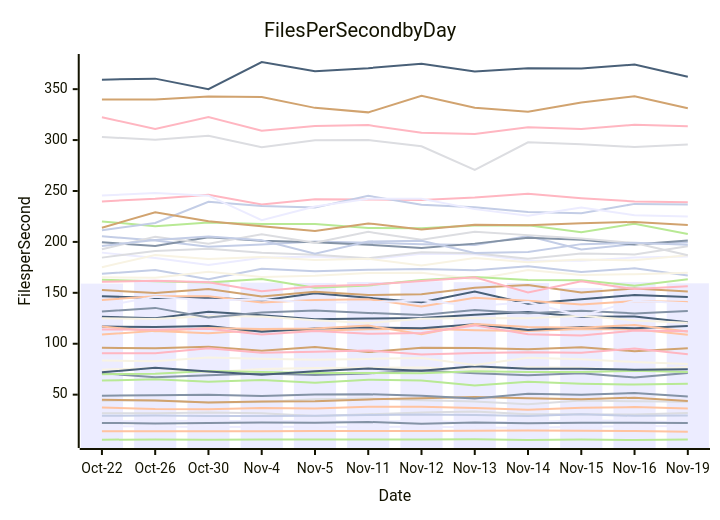
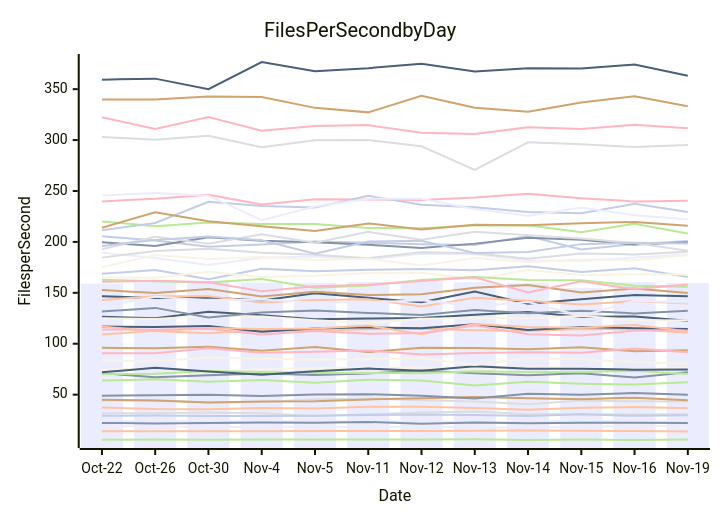
The diagram in perf-report.md (streetsidesoftware/cspell), drawn with Mermaid before and after one commit. The commit also changed other lines of this file and 1 other file, not shown here.

````diff
--- a/perf-report.md
+++ b/perf-report.md
@@ -10,57 +10,57 @@
 ```mermaid
 xychart-beta
     title Files Per Second by Day
     y-axis Files per Second
     x-axis Date [Oct-22, Oct-26, Oct-30, Nov-4, Nov-5, Nov-11, Nov-12, Nov-13, Nov-14, Nov-15, Nov-16, Nov-19]
-    bar [159.03, 162.88, 161.94, 160.02, 159.72, 160.65, 161.35, 160.47, 159.54, 154.79, 160.46, 159.34]
-    line [71.08, 67.00, 69.09, 70.86, 69.37, 70.88, 73.81, 71.09, 69.11, 71.10, 66.81, 71.37]
-    line [14.01, 14.02, 13.97, 14.18, 14.33, 14.26, 14.23, 14.49, 14.71, 14.55, 14.39, 13.68]
-    line [44.08, 44.42, 42.24, 42.88, 45.37, 46.20, 44.50, 43.23, 40.60, 44.15, 43.48, 43.07]
-    line [63.79, 65.07, 62.75, 64.51, 61.69, 64.67, 63.79, 59.02, 62.70, 60.80, 59.91, 60.69]
-    line [96.00, 95.45, 97.05, 93.17, 96.79, 91.80, 95.95, 95.87, 94.48, 96.44, 92.65, 95.58]
-    line [205.59, 201.31, 195.27, 197.35, 200.31, 199.19, 197.63, 196.85, 205.77, 192.52, 197.76, 199.58]
-    line [322.37, 310.93, 322.55, 309.17, 313.73, 314.69, 307.18, 306.00, 312.70, 310.78, 315.06, 313.52]
-    line [126.46, 125.04, 131.49, 128.05, 124.13, 124.73, 125.27, 128.39, 131.06, 126.59, 126.76, 121.11]
-    line [125.15, 124.19, 127.28, 126.86, 123.18, 120.25, 124.45, 125.35, 124.99, 127.41, 122.93, 120.59]
-    line [23.92, 24.17, 24.43, 23.95, 24.20, 23.49, 24.08, 23.00, 23.06, 24.50, 24.34, 22.69]
-    line [22.28, 21.78, 22.12, 22.59, 22.34, 23.16, 21.54, 22.68, 21.85, 22.43, 22.45, 22.28]
-    line [109.04, 112.63, 110.40, 113.53, 112.85, 114.15, 114.65, 113.36, 112.62, 114.36, 114.33, 108.71]
-    line [31.67, 31.78, 32.41, 31.83, 29.14, 30.76, 32.43, 33.35, 30.87, 30.71, 30.55, 32.06]
-    line [5.75, 6.03, 5.80, 6.05, 5.91, 5.92, 6.05, 6.23, 5.47, 5.95, 5.52, 5.99]
-    line [45.07, 44.31, 42.25, 43.22, 43.49, 45.34, 46.46, 47.61, 46.36, 45.42, 47.07, 43.76]
-    line [168.67, 172.42, 163.25, 173.61, 171.18, 172.63, 173.35, 172.14, 176.09, 170.54, 174.05, 167.09]
-    line [239.78, 242.41, 246.20, 236.64, 241.81, 241.59, 241.14, 243.55, 247.17, 242.91, 239.70, 238.85]
-    line [116.88, 116.53, 117.43, 111.89, 115.01, 116.13, 115.22, 119.08, 113.54, 116.51, 115.21, 117.43]
-    line [165.23, 164.80, 170.61, 165.61, 166.70, 169.45, 169.81, 163.46, 172.46, 167.41, 168.34, 169.75]
-    line [19.00, 18.63, 18.25, 18.44, 18.38, 18.23, 18.67, 17.83, 17.56, 18.43, 19.15, 18.91]
-    line [49.03, 49.37, 49.99, 48.68, 50.03, 50.42, 49.00, 46.22, 50.88, 49.95, 51.56, 48.25]
-    line [116.85, 112.16, 115.50, 114.45, 114.87, 117.85, 109.38, 119.29, 116.46, 115.59, 118.49, 112.06]
-    line [303.13, 300.22, 304.34, 292.89, 299.81, 300.08, 293.90, 270.62, 297.75, 295.78, 293.19, 295.57]
-    line [162.77, 161.40, 160.02, 163.60, 155.05, 157.20, 162.55, 165.62, 162.61, 162.23, 156.96, 163.27]
-    line [339.81, 339.82, 342.79, 342.26, 331.64, 327.21, 343.58, 331.81, 327.76, 336.79, 342.94, 331.34]
-    line [29.31, 29.41, 29.14, 29.07, 29.19, 29.96, 30.60, 29.98, 29.13, 30.65, 29.20, 29.45]
-    line [90.70, 90.60, 95.53, 91.04, 92.11, 93.46, 89.53, 90.84, 91.64, 91.15, 95.31, 89.59]
-    line [146.67, 144.85, 145.45, 142.42, 149.63, 145.08, 140.78, 151.35, 139.20, 143.75, 147.85, 145.95]
-    line [74.51, 76.18, 72.03, 75.21, 76.09, 76.34, 76.58, 74.79, 76.80, 76.30, 73.76, 77.14]
-    line [189.47, 184.23, 177.36, 184.49, 185.72, 182.94, 188.28, 187.98, 181.73, 181.49, 184.66, 185.64]
-    line [199.55, 196.07, 204.60, 201.12, 199.63, 197.18, 194.05, 198.31, 204.17, 202.23, 197.34, 201.28]
-    line [143.06, 146.69, 146.59, 140.40, 143.02, 143.74, 136.69, 145.20, 142.11, 138.52, 142.01, 141.03]
-    line [184.56, 191.17, 193.23, 189.38, 187.47, 183.93, 189.93, 188.83, 183.53, 188.50, 187.66, 195.83]
-    line [220.10, 215.49, 219.14, 217.54, 217.64, 213.57, 213.32, 216.11, 216.43, 209.55, 217.83, 207.75]
-    line [152.74, 149.93, 153.73, 146.39, 151.10, 147.79, 148.60, 155.08, 157.59, 150.36, 154.26, 151.31]
-    line [211.47, 218.53, 239.32, 235.17, 233.67, 245.24, 236.50, 233.98, 229.39, 228.12, 237.34, 236.69]
-    line [113.95, 113.80, 114.69, 109.15, 112.48, 109.72, 110.55, 118.02, 109.29, 108.02, 112.93, 112.29]
-    line [359.34, 360.33, 349.95, 376.67, 367.68, 370.64, 374.87, 367.41, 370.51, 370.21, 374.24, 362.11]
-    line [175.20, 187.18, 183.23, 185.22, 182.14, 183.42, 176.89, 184.07, 179.92, 182.71, 181.97, 186.92]
-    line [245.56, 247.95, 245.41, 221.31, 234.75, 242.27, 242.37, 232.19, 225.67, 233.72, 226.18, 224.94]
-    line [131.59, 135.21, 125.70, 130.73, 132.76, 130.23, 128.16, 133.01, 129.97, 132.49, 129.80, 132.15]
-    line [37.33, 35.82, 35.71, 36.86, 36.50, 38.05, 38.19, 36.99, 35.25, 37.09, 37.76, 36.29]
-    line [192.85, 204.98, 198.27, 207.58, 199.26, 209.84, 202.01, 209.99, 206.66, 203.31, 199.00, 186.90]
-    line [70.11, 70.57, 73.22, 72.23, 71.32, 71.25, 71.08, 73.06, 72.16, 72.33, 73.39, 72.25]
-    line [213.97, 229.01, 220.21, 215.36, 210.66, 218.14, 212.13, 216.95, 216.28, 218.40, 219.59, 216.58]
-    line [196.05, 201.96, 205.39, 201.71, 188.42, 200.46, 201.07, 189.10, 190.06, 197.82, 199.09, 197.22]
-    line [160.80, 161.82, 160.48, 151.46, 156.36, 158.02, 161.56, 165.28, 150.34, 161.29, 153.65, 156.45]
-    line [71.96, 76.44, 72.80, 69.62, 72.93, 75.62, 73.39, 77.86, 75.46, 75.53, 74.48, 74.84]
-    line [83.62, 82.78, 86.40, 85.26, 84.18, 85.13, 86.07, 79.22, 86.18, 84.80, 82.10, 80.12]
-    line [136.76, 146.14, 142.74, 143.48, 140.52, 140.72, 142.75, 136.72, 140.92, 127.38, 142.26, 139.82]
+    bar [159.03, 162.88, 161.94, 160.02, 159.72, 160.65, 161.35, 160.47, 159.54, 154.79, 160.46, 159.53]
+    line [71.08, 67.00, 69.09, 70.86, 69.37, 70.88, 73.81, 71.09, 69.11, 71.10, 66.81, 72.04]
+    line [14.01, 14.02, 13.97, 14.18, 14.33, 14.26, 14.23, 14.49, 14.71, 14.55, 14.39, 13.93]
+    line [44.08, 44.42, 42.24, 42.88, 45.37, 46.20, 44.50, 43.23, 40.60, 44.15, 43.48, 43.18]
+    line [63.79, 65.07, 62.75, 64.51, 61.69, 64.67, 63.79, 59.02, 62.70, 60.80, 59.91, 62.24]
+    line [96.00, 95.45, 97.05, 93.17, 96.79, 91.80, 95.95, 95.87, 94.48, 96.44, 92.65, 93.49]
+    line [205.59, 201.31, 195.27, 197.35, 200.31, 199.19, 197.63, 196.85, 205.77, 192.52, 197.76, 200.81]
+    line [322.37, 310.93, 322.55, 309.17, 313.73, 314.69, 307.18, 306.00, 312.70, 310.78, 315.06, 311.67]
+    line [126.46, 125.04, 131.49, 128.05, 124.13, 124.73, 125.27, 128.39, 131.06, 126.59, 126.76, 122.52]
+    line [125.15, 124.19, 127.28, 126.86, 123.18, 120.25, 124.45, 125.35, 124.99, 127.41, 122.93, 123.18]
+    line [23.92, 24.17, 24.43, 23.95, 24.20, 23.49, 24.08, 23.00, 23.06, 24.50, 24.34, 23.45]
+    line [22.28, 21.78, 22.12, 22.59, 22.34, 23.16, 21.54, 22.68, 21.85, 22.43, 22.45, 22.18]
+    line [109.04, 112.63, 110.40, 113.53, 112.85, 114.15, 114.65, 113.36, 112.62, 114.36, 114.33, 110.82]
+    line [31.67, 31.78, 32.41, 31.83, 29.14, 30.76, 32.43, 33.35, 30.87, 30.71, 30.55, 30.69]
+    line [5.75, 6.03, 5.80, 6.05, 5.91, 5.92, 6.05, 6.23, 5.47, 5.95, 5.52, 6.06]
+    line [45.07, 44.31, 42.25, 43.22, 43.49, 45.34, 46.46, 47.61, 46.36, 45.42, 47.07, 44.47]
+    line [168.67, 172.42, 163.25, 173.61, 171.18, 172.63, 173.35, 172.14, 176.09, 170.54, 174.05, 165.60]
+    line [239.78, 242.41, 246.20, 236.64, 241.81, 241.59, 241.14, 243.55, 247.17, 242.91, 239.70, 240.42]
+    line [116.88, 116.53, 117.43, 111.89, 115.01, 116.13, 115.22, 119.08, 113.54, 116.51, 115.21, 114.36]
+    line [165.23, 164.80, 170.61, 165.61, 166.70, 169.45, 169.81, 163.46, 172.46, 167.41, 168.34, 168.05]
+    line [19.00, 18.63, 18.25, 18.44, 18.38, 18.23, 18.67, 17.83, 17.56, 18.43, 19.15, 18.86]
+    line [49.03, 49.37, 49.99, 48.68, 50.03, 50.42, 49.00, 46.22, 50.88, 49.95, 51.56, 50.00]
+    line [116.85, 112.16, 115.50, 114.45, 114.87, 117.85, 109.38, 119.29, 116.46, 115.59, 118.49, 112.39]
+    line [303.13, 300.22, 304.34, 292.89, 299.81, 300.08, 293.90, 270.62, 297.75, 295.78, 293.19, 295.17]
+    line [162.77, 161.40, 160.02, 163.60, 155.05, 157.20, 162.55, 165.62, 162.61, 162.23, 156.96, 155.93]
+    line [339.81, 339.82, 342.79, 342.26, 331.64, 327.21, 343.58, 331.81, 327.76, 336.79, 342.94, 333.16]
+    line [29.31, 29.41, 29.14, 29.07, 29.19, 29.96, 30.60, 29.98, 29.13, 30.65, 29.20, 29.82]
+    line [90.70, 90.60, 95.53, 91.04, 92.11, 93.46, 89.53, 90.84, 91.64, 91.15, 95.31, 91.66]
+    line [146.67, 144.85, 145.45, 142.42, 149.63, 145.08, 140.78, 151.35, 139.20, 143.75, 147.85, 146.75]
+    line [74.51, 76.18, 72.03, 75.21, 76.09, 76.34, 76.58, 74.79, 76.80, 76.30, 73.76, 77.26]
+    line [189.47, 184.23, 177.36, 184.49, 185.72, 182.94, 188.28, 187.98, 181.73, 181.49, 184.66, 187.68]
+    line [199.55, 196.07, 204.60, 201.12, 199.63, 197.18, 194.05, 198.31, 204.17, 202.23, 197.34, 199.60]
+    line [143.06, 146.69, 146.59, 140.40, 143.02, 143.74, 136.69, 145.20, 142.11, 138.52, 142.01, 139.42]
+    line [184.56, 191.17, 193.23, 189.38, 187.47, 183.93, 189.93, 188.83, 183.53, 188.50, 187.66, 190.45]
+    line [220.10, 215.49, 219.14, 217.54, 217.64, 213.57, 213.32, 216.11, 216.43, 209.55, 217.83, 208.19]
+    line [152.74, 149.93, 153.73, 146.39, 151.10, 147.79, 148.60, 155.08, 157.59, 150.36, 154.26, 149.80]
+    line [211.47, 218.53, 239.32, 235.17, 233.67, 245.24, 236.50, 233.98, 229.39, 228.12, 237.34, 229.32]
+    line [113.95, 113.80, 114.69, 109.15, 112.48, 109.72, 110.55, 118.02, 109.29, 108.02, 112.93, 113.12]
+    line [359.34, 360.33, 349.95, 376.67, 367.68, 370.64, 374.87, 367.41, 370.51, 370.21, 374.24, 363.16]
+    line [175.20, 187.18, 183.23, 185.22, 182.14, 183.42, 176.89, 184.07, 179.92, 182.71, 181.97, 187.24]
+    line [245.56, 247.95, 245.41, 221.31, 234.75, 242.27, 242.37, 232.19, 225.67, 233.72, 226.18, 222.19]
+    line [131.59, 135.21, 125.70, 130.73, 132.76, 130.23, 128.16, 133.01, 129.97, 132.49, 129.80, 132.50]
+    line [37.33, 35.82, 35.71, 36.86, 36.50, 38.05, 38.19, 36.99, 35.25, 37.09, 37.76, 36.56]
+    line [192.85, 204.98, 198.27, 207.58, 199.26, 209.84, 202.01, 209.99, 206.66, 203.31, 199.00, 191.33]
+    line [70.11, 70.57, 73.22, 72.23, 71.32, 71.25, 71.08, 73.06, 72.16, 72.33, 73.39, 70.34]
+    line [213.97, 229.01, 220.21, 215.36, 210.66, 218.14, 212.13, 216.95, 216.28, 218.40, 219.59, 215.97]
+    line [196.05, 201.96, 205.39, 201.71, 188.42, 200.46, 201.07, 189.10, 190.06, 197.82, 199.09, 198.41]
+    line [160.80, 161.82, 160.48, 151.46, 156.36, 158.02, 161.56, 165.28, 150.34, 161.29, 153.65, 158.15]
+    line [71.96, 76.44, 72.80, 69.62, 72.93, 75.62, 73.39, 77.86, 75.46, 75.53, 74.48, 74.77]
+    line [83.62, 82.78, 86.40, 85.26, 84.18, 85.13, 86.07, 79.22, 86.18, 84.80, 82.10, 80.70]
+    line [136.76, 146.14, 142.74, 143.48, 140.52, 140.72, 142.75, 136.72, 140.92, 127.38, 142.26, 140.56]
 ```
````
